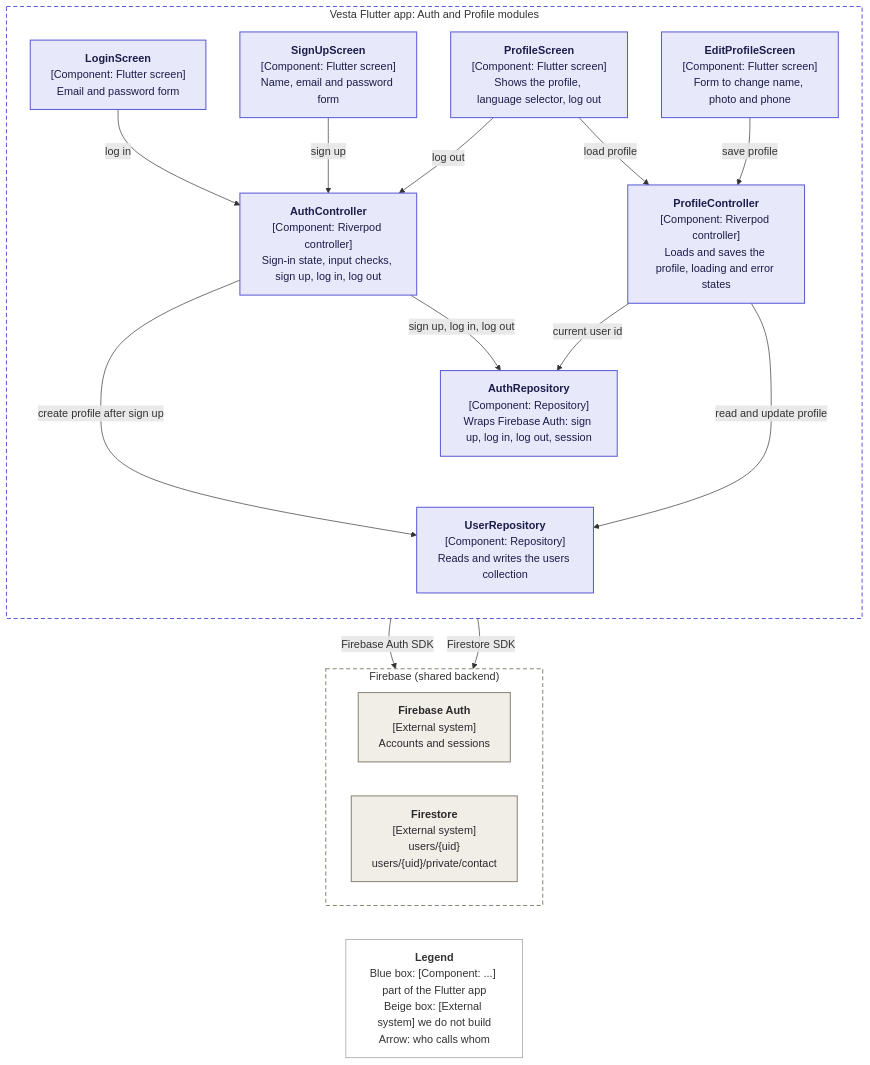
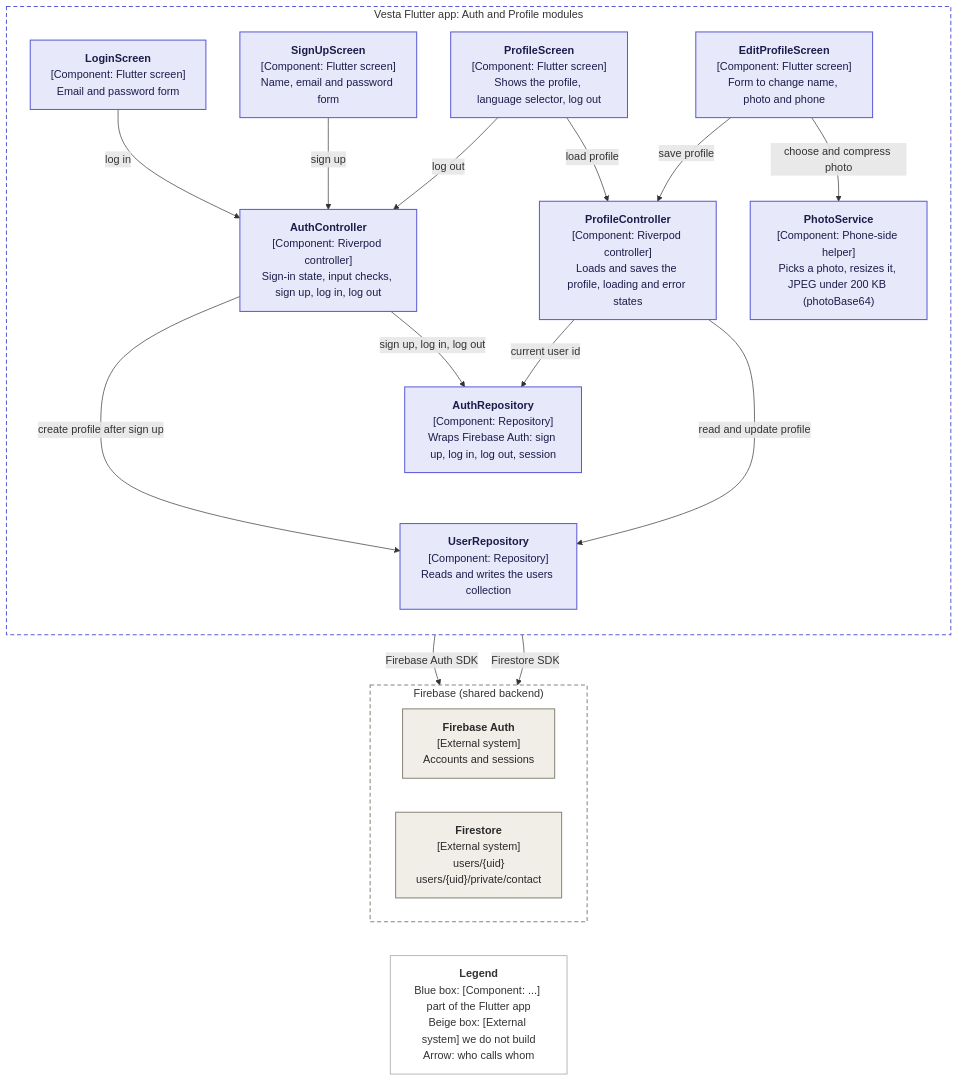
Before and after one commit to manar09-code/vesta: the diagram in docs/c4/level3-auth-profile.mmd, drawn with Mermaid. The commit also changed 4 other files, not shown here.

Commit message:
docs(c4): add PhotoService to auth/profile, rename ListingsScreen, merge photo helpers [VST-28]

```diff
--- a/docs/c4/level3-auth-profile.mmd
+++ b/docs/c4/level3-auth-profile.mmd
@@ -1,50 +1,53 @@
 %% C4 level 3: Auth and Profile components of the Flutter app (VST-27)
 %% Rule: Screen -> Controller -> Repository -> Firebase. A screen never talks to Firebase directly.
 flowchart TB
   subgraph APP["Vesta Flutter app: Auth and Profile modules"]
     direction TB
     Login["<b>LoginScreen</b><br/>[Component: Flutter screen]<br/>Email and password form"]
     SignUp["<b>SignUpScreen</b><br/>[Component: Flutter screen]<br/>Name, email and password form"]
     Profile["<b>ProfileScreen</b><br/>[Component: Flutter screen]<br/>Shows the profile, language selector, log out"]
     EditProfile["<b>EditProfileScreen</b><br/>[Component: Flutter screen]<br/>Form to change name, photo and phone"]
 
     AuthC["<b>AuthController</b><br/>[Component: Riverpod controller]<br/>Sign-in state, input checks, sign up, log in, log out"]
     ProfileC["<b>ProfileController</b><br/>[Component: Riverpod controller]<br/>Loads and saves the profile, loading and error states"]
+
+    Photo["<b>PhotoService</b><br/>[Component: Phone-side helper]<br/>Picks a photo, resizes it, JPEG under 200 KB (photoBase64)"]
 
     AuthR["<b>AuthRepository</b><br/>[Component: Repository]<br/>Wraps Firebase Auth: sign up, log in, log out, session"]
     UserR["<b>UserRepository</b><br/>[Component: Repository]<br/>Reads and writes the users collection"]
   end
 
   subgraph FIREBASE["Firebase (shared backend)"]
     direction LR
     FAuth["<b>Firebase Auth</b><br/>[External system]<br/>Accounts and sessions"]
     FStore["<b>Firestore</b><br/>[External system]<br/>users/{uid}<br/>users/{uid}/private/contact"]
   end
 
   Legend["<b>Legend</b><br/>Blue box: [Component: ...] part of the Flutter app<br/>Beige box: [External system] we do not build<br/>Arrow: who calls whom"]
 
   Login -->|"log in"| AuthC
   SignUp -->|"sign up"| AuthC
   Profile -->|"log out"| AuthC
   Profile -->|"load profile"| ProfileC
   EditProfile -->|"save profile"| ProfileC
+  EditProfile -->|"choose and compress photo"| Photo
 
   AuthC -->|"create profile after sign up"| UserR
   AuthC -->|"sign up, log in, log out"| AuthR
   ProfileC -->|"current user id"| AuthR
   ProfileC -->|"read and update profile"| UserR
 
   AuthR -->|"Firebase Auth SDK"| FAuth
   UserR -->|"Firestore SDK"| FStore
 
   AuthR ~~~ UserR
   FStore ~~~ Legend
 
   classDef component fill:#e8e8fb,stroke:#5b5bd6,stroke-width:1.5px,color:#1c1c4a;
   classDef external fill:#f1eee8,stroke:#8a8578,stroke-width:1.5px,color:#2a2a2a;
   classDef legend fill:#ffffff,stroke:#999999,stroke-width:1px,color:#333333;
-  class Login,SignUp,Profile,EditProfile,AuthC,ProfileC,AuthR,UserR component;
+  class Login,SignUp,Profile,EditProfile,Photo,AuthC,ProfileC,AuthR,UserR component;
   class FAuth,FStore external;
   class Legend legend;
   style APP fill:#ffffff,stroke:#5b5bd6,stroke-width:1.5px,stroke-dasharray:6 4;
   style FIREBASE fill:#ffffff,stroke:#8a8578,stroke-width:1.5px,stroke-dasharray:6 4;
```
